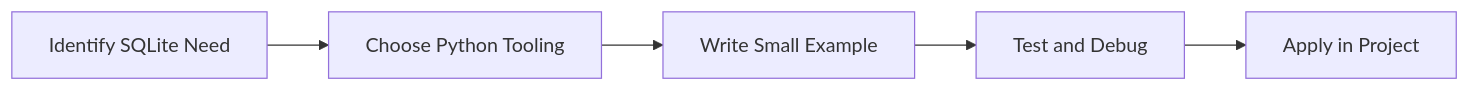
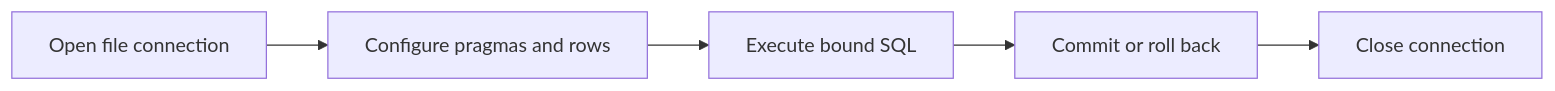
Before and after one commit to SYMOIZ/E-Learning-Portal: the diagram in Python-Mastery/Intermediate/27-sqlite.md, drawn with Mermaid. The commit also changed other lines of this file and 116 other files, not shown here.

````diff
--- a/Python-Mastery/Intermediate/27-sqlite.md
+++ b/Python-Mastery/Intermediate/27-sqlite.md
@@ -138,7 +162,7 @@
 ```mermaid
 flowchart LR
-    A[Identify SQLite Need] --> B[Choose Python Tooling]
-    B --> C[Write Small Example]
-    C --> D[Test and Debug]
-    D --> E[Apply in Project]
+    A[Open file connection] --> B[Configure pragmas and rows]
+    B --> C[Execute bound SQL]
+    C --> D[Commit or roll back]
+    D --> E[Close connection]
 ```
````
